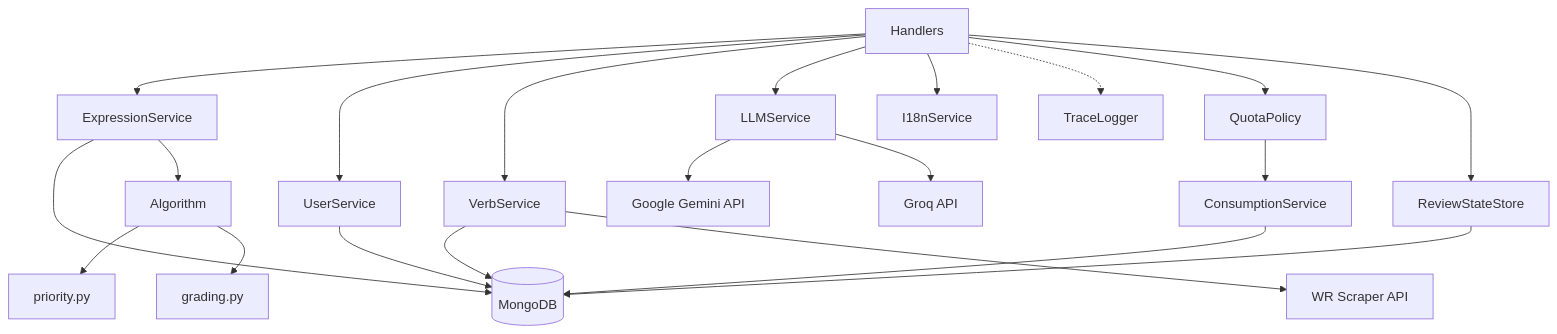
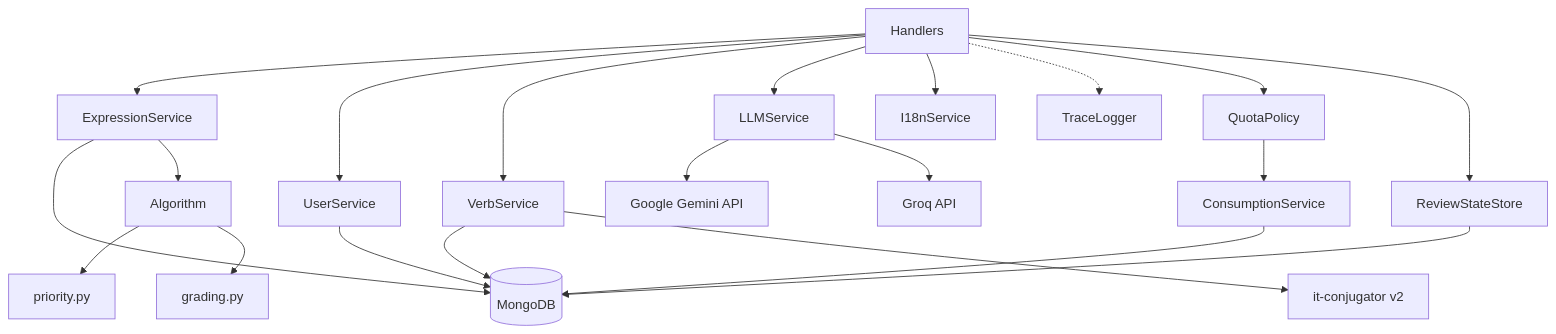
The diagram in flashcard-project/docs/services.md (d-khalang/FlashCard_ecosystem), drawn with Mermaid before and after one commit. The commit also changed other lines of this file and 48 other files, not shown here.

````diff
--- a/flashcard-project/docs/services.md
+++ b/flashcard-project/docs/services.md
@@ -7,25 +7,25 @@
 ```mermaid
 graph TD
     H[Handlers] --> ES[ExpressionService]
     H --> US[UserService]
     H --> VS[VerbService]
     H --> LLM[LLMService]
     H --> I18N[I18nService]
     H -.-> TL[TraceLogger]
     
     ES --> DB[(MongoDB)]
     US --> DB
     H --> QP[QuotaPolicy]
     QP --> CS[ConsumptionService]
     H --> RS[ReviewStateStore]
     RS --> DB
     VS --> DB
-    VS --> SCRAPER[WR Scraper API]
+    VS --> SCRAPER[it-conjugator v2]
     LLM --> GEMINI[Google Gemini API]
     LLM --> GROQ[Groq API]
     CS --> DB
     
     ES --> ALG[Algorithm]
     ALG --> PRI[priority.py]
     ALG --> GRD[grading.py]
 ```
````
